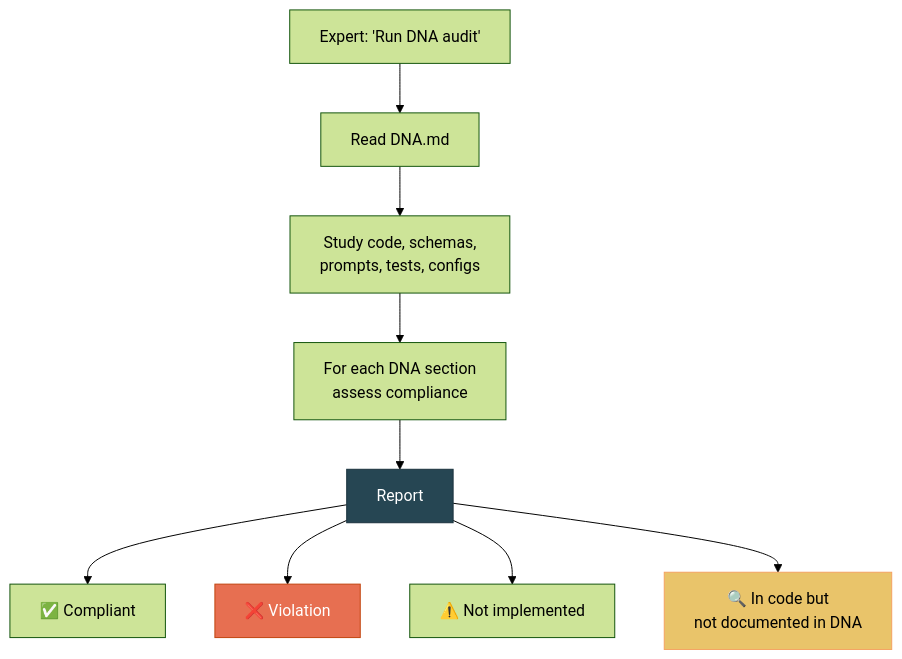
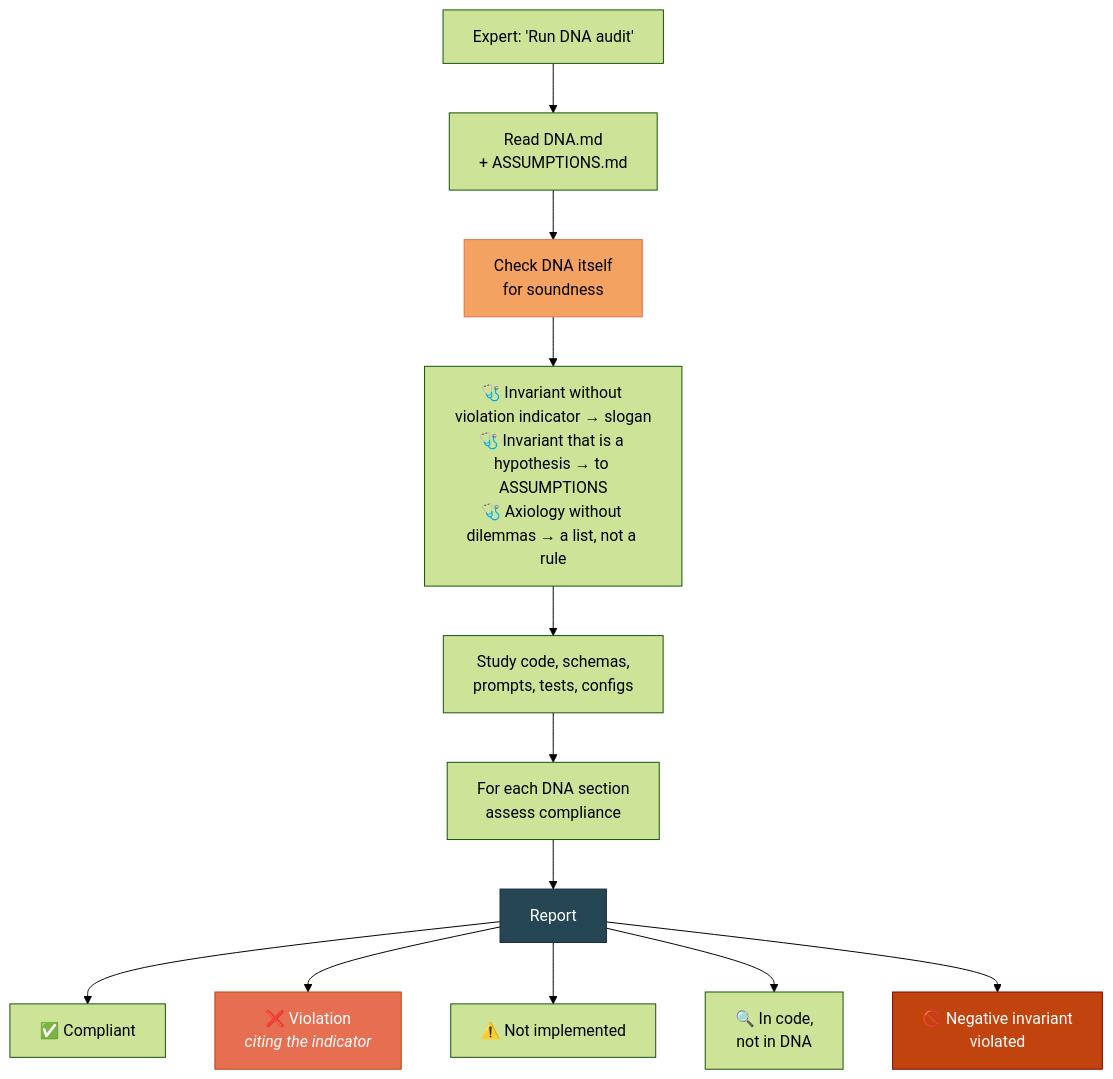
The third of 8 diagrams in docs/modes-en.md (SizovOleg/project-dna), drawn with Mermaid (forest theme) before and after one commit. The commit also changed other lines of this file and 9 other files, not shown here.

````diff
--- a/docs/modes-en.md
+++ b/docs/modes-en.md
@@ -99,20 +146,27 @@
 ```mermaid
 flowchart TD
     START["Expert: 'Run DNA audit'"]
-    
-    START --> READ_DNA["Read DNA.md"]
-    READ_DNA --> STUDY["Study code, schemas,<br/>prompts, tests, configs"]
-    
+
+    START --> READ["Read DNA.md<br/>+ ASSUMPTIONS.md"]
+
+    READ --> SELFCHECK["Check DNA itself<br/>for soundness"]
+
+    SELFCHECK --> DIAG1["🩺 Invariant without violation indicator → slogan<br/>🩺 Invariant that is a hypothesis → to ASSUMPTIONS<br/>🩺 Axiology without dilemmas → a list, not a rule"]
+
+    DIAG1 --> STUDY["Study code, schemas,<br/>prompts, tests, configs"]
+
     STUDY --> CHECK["For each DNA section<br/>assess compliance"]
-    
+
     CHECK --> REPORT["Report"]
-    
+
     REPORT --> OK["✅ Compliant"]
-    REPORT --> VIOL["❌ Violation"]
+    REPORT --> VIOL["❌ Violation<br/><i>citing the indicator</i>"]
     REPORT --> NOTIMPL["⚠️ Not implemented"]
-    REPORT --> UNDOC["🔍 In code but<br/>not documented in DNA"]
+    REPORT --> UNDOC["🔍 In code,<br/>not in DNA"]
+    REPORT --> NEGVIOL["🚫 Negative invariant<br/>violated"]
 
+    style SELFCHECK fill:#f4a261,stroke:#e76f51,color:#000
     style REPORT fill:#264653,stroke:#1a323d,color:#fff
     style VIOL fill:#e76f51,stroke:#c1440e,color:#fff
-    style UNDOC fill:#e9c46a,stroke:#f4a261,color:#000
+    style NEGVIOL fill:#c1440e,stroke:#8b0000,color:#fff
 ```
````
